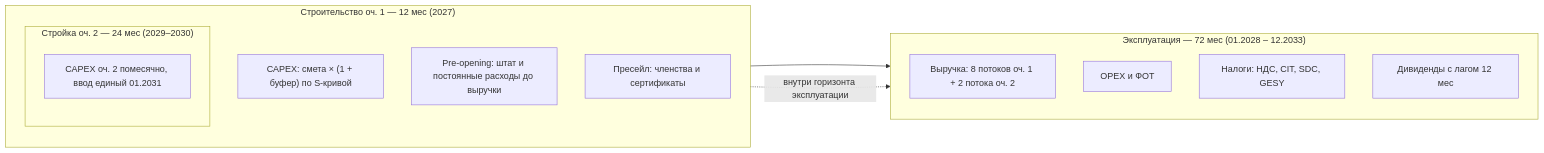
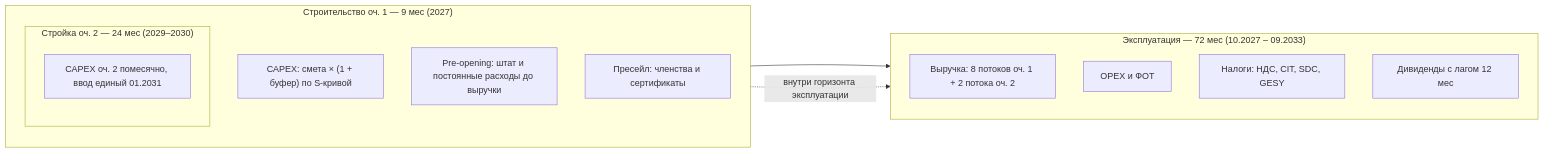
One commit to ampulex-23/aura-hills-finmodel changed the first of 6 diagrams in src/docs/model-guide.md. Above: the diagram before and after it, drawn with Mermaid. The commit also changed other lines of this file and 8 other files, not shown here.

````diff
--- a/src/docs/model-guide.md
+++ b/src/docs/model-guide.md
@@ -31,23 +31,23 @@
 ```mermaid
 flowchart LR
-    subgraph C["Строительство оч. 1 — 12 мес (2027)"]
+    subgraph C["Строительство оч. 1 — 9 мес (2027)"]
       direction TB
       C1["CAPEX: смета × (1 + буфер) по S-кривой"]
       C2["Аренда земли, если режим lease"]
       C3["Pre-opening: штат и постоянные расходы до выручки"]
       C4["Пресейл: членства и сертификаты"]
     end
-    subgraph O["Эксплуатация — 72 мес (01.2028 – 12.2033)"]
+    subgraph O["Эксплуатация — 72 мес (10.2027 – 09.2033)"]
       direction TB
       O1["Выручка: 8 потоков оч. 1 + 2 потока оч. 2"]
       O2["OPEX и ФОТ"]
       O3["Налоги: НДС, CIT, SDC, GESY"]
       O4["Дивиденды с лагом 12 мес"]
     end
     subgraph C2["Стройка оч. 2 — 24 мес (2029–2030)"]
       direction TB
       P2["CAPEX оч. 2 помесячно, ввод единый 01.2031"]
     end
     C --> O
     C2 -.->|"внутри горизонта эксплуатации"| O
 ```
````
